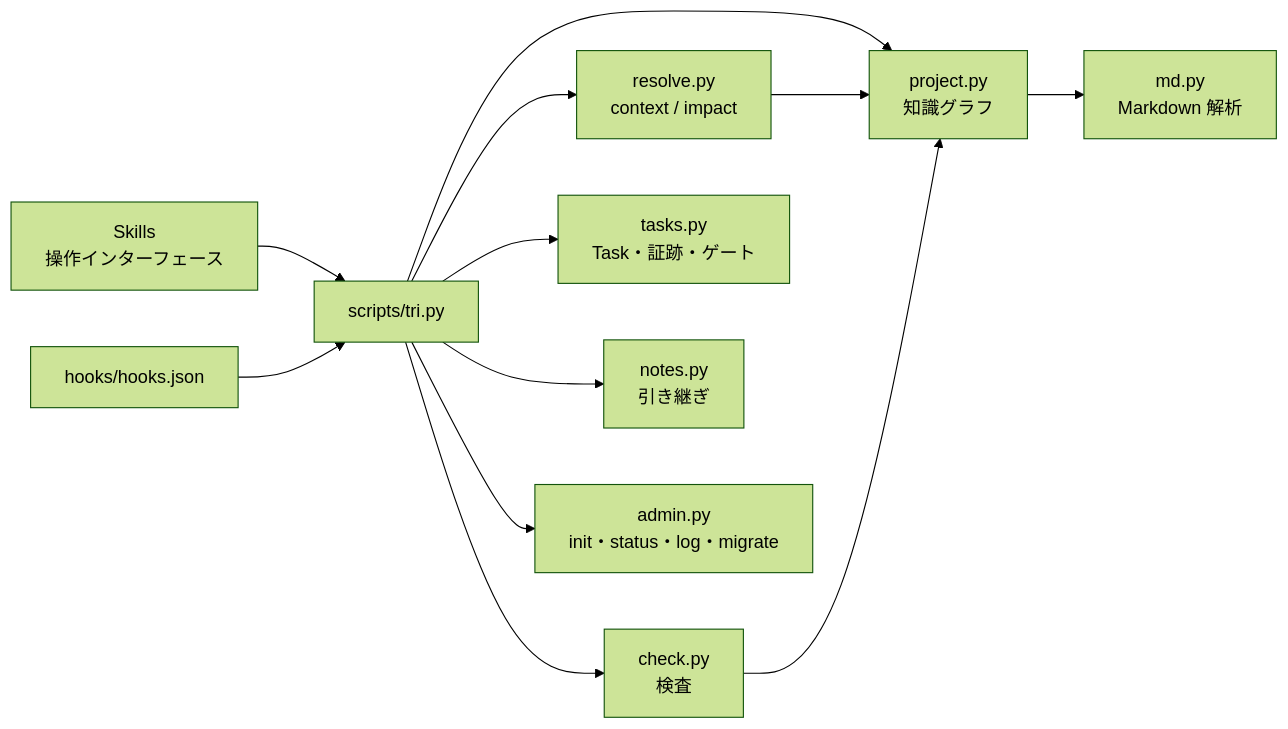
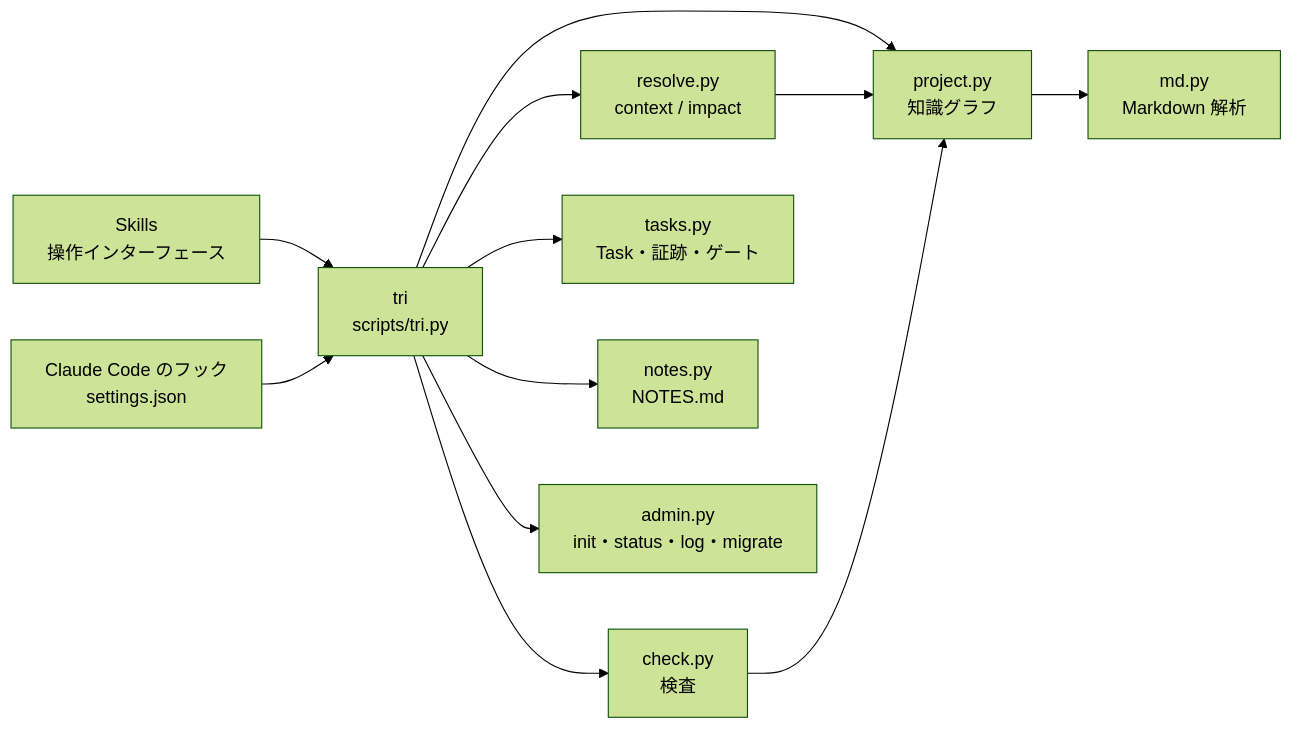
One commit to emanon-i/tri-ssd changed the diagram in docs/architecture.md. Above: the diagram before and after it, drawn with Mermaid (forest theme). The commit also changed other lines of this file and 73 other files, not shown here.

````diff
--- a/docs/architecture.md
+++ b/docs/architecture.md
@@ -8,14 +8,14 @@
 ```mermaid
 flowchart LR
-    Skill[Skills<br>操作インターフェース] --> CLI[scripts/tri.py]
-    Hook[hooks/hooks.json] --> CLI
+    Skill[Skills<br>操作インターフェース] --> CLI[tri<br>scripts/tri.py]
+    Hook[Claude Code のフック<br>settings.json] --> CLI
     CLI --> Project[project.py<br>知識グラフ]
     Project --> MD[md.py<br>Markdown 解析]
     CLI --> Resolve[resolve.py<br>context / impact]
     CLI --> Check[check.py<br>検査]
     CLI --> Tasks[tasks.py<br>Task・証跡・ゲート]
-    CLI --> Notes[notes.py<br>引き継ぎ]
+    CLI --> Notes[notes.py<br>NOTES.md]
     CLI --> Admin[admin.py<br>init・status・log・migrate]
     Resolve --> Project
     Check --> Project
 ```
````
